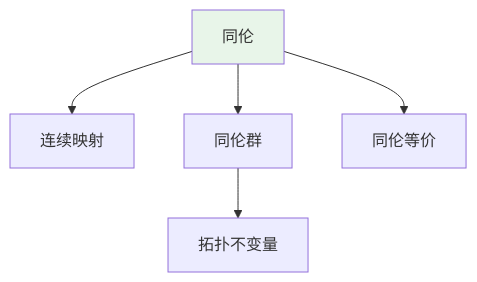
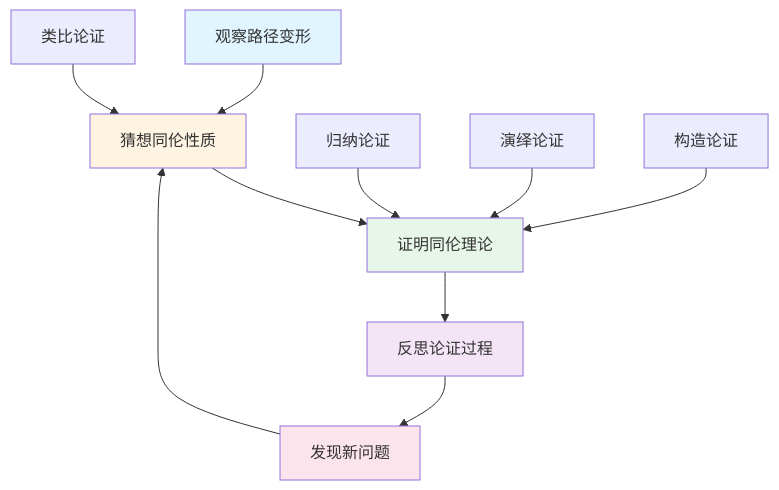
One commit to AdaMartin18010/FormalMath changed the fifth of 10 diagrams in concept/核心概念/24-同伦.md. Above: the diagram before and after it, drawn with Mermaid. The commit also changed other lines of this file and 4793 other files, not shown here.

````diff
--- a/concept/核心概念/24-同伦.md
+++ b/concept/核心概念/24-同伦.md
@@ -704,9 +1460,19 @@
 ```mermaid
 graph TD
-    A[同伦] --> B[连续映射]
-    A --> C[同伦群]
-    A --> D[同伦等价]
-    C --> E[拓扑不变量]
+    A[观察路径变形] --> B[猜想同伦性质]
+    B --> C[证明同伦理论]
+    C --> D[反思论证过程]
+    D --> E[发现新问题]
+    E --> B
 
-    style A fill:#e8f5e9
+    F[归纳论证] --> C
+    G[演绎论证] --> C
+    H[类比论证] --> B
+    I[构造论证] --> C
+
+    style A fill:#e1f5ff
+    style B fill:#fff4e1
+    style C fill:#e8f5e9
+    style D fill:#f3e5f5
+    style E fill:#fce4ec
 ```
````
